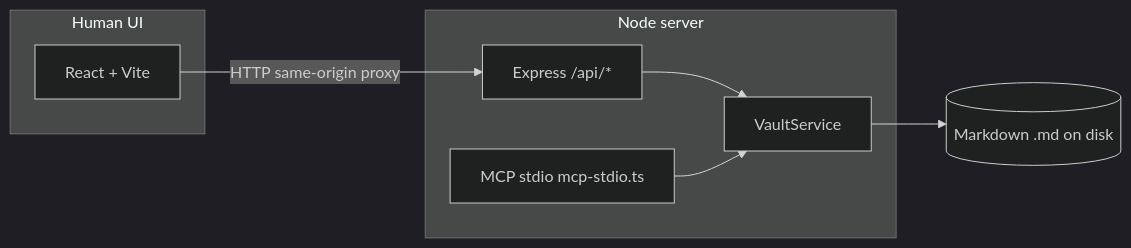
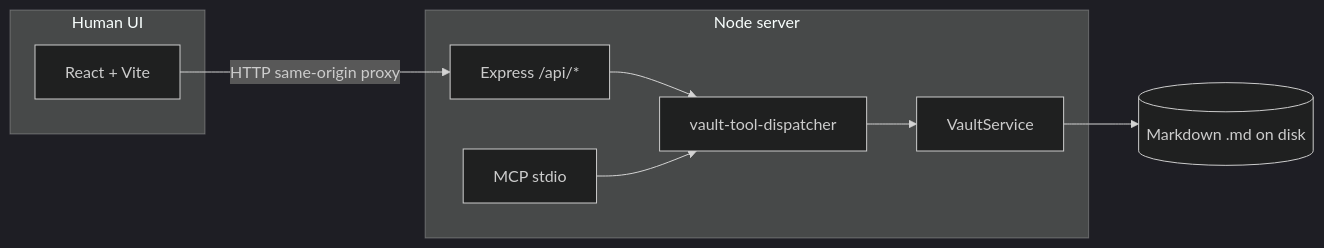
Before and after one commit to alisoliman-47/notevault: the diagram in README.md, drawn with Mermaid (dark theme). The commit also changed other lines of this file and 11 other files, not shown here.

First line of the commit message:
NoteVault: MCP launcher, vault dispatcher, read-only mode, agent demo, README deliverables, seed vault

````diff
--- a/README.md
+++ b/README.md
@@ -78,16 +118,18 @@
 ```mermaid
 flowchart LR
   subgraph ui [Human UI]
     React[React + Vite]
   end
   subgraph server [Node server]
     HTTP[Express /api/*]
-    MCP[MCP stdio mcp-stdio.ts]
+    MCP[MCP stdio]
+    DISP[vault-tool-dispatcher]
     VS[VaultService]
   end
   FS[(Markdown .md on disk)]
   React -->|HTTP same-origin proxy| HTTP
-  HTTP --> VS
-  MCP --> VS
+  HTTP --> DISP
+  MCP --> DISP
+  DISP --> VS
   VS --> FS
 ```
````
